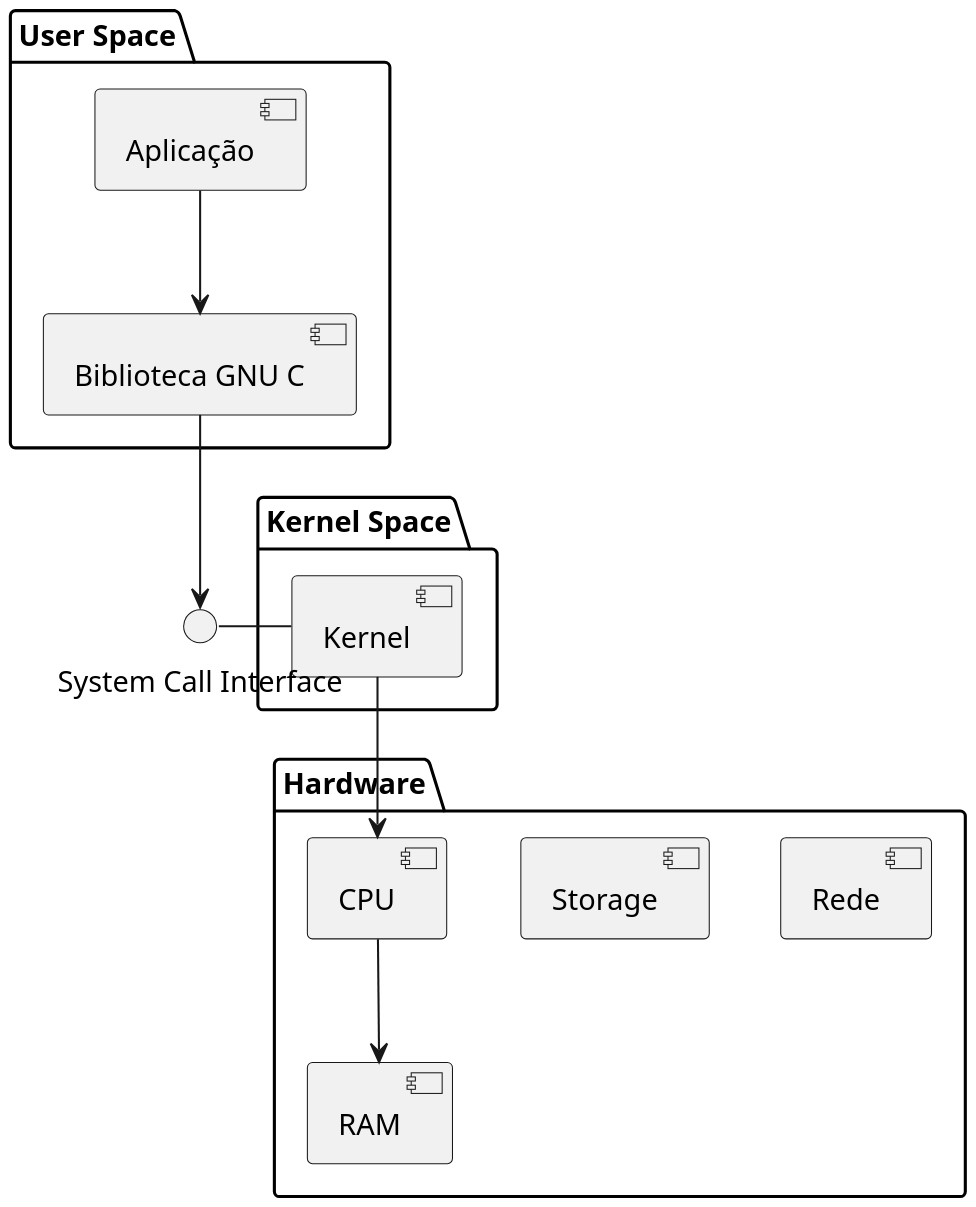
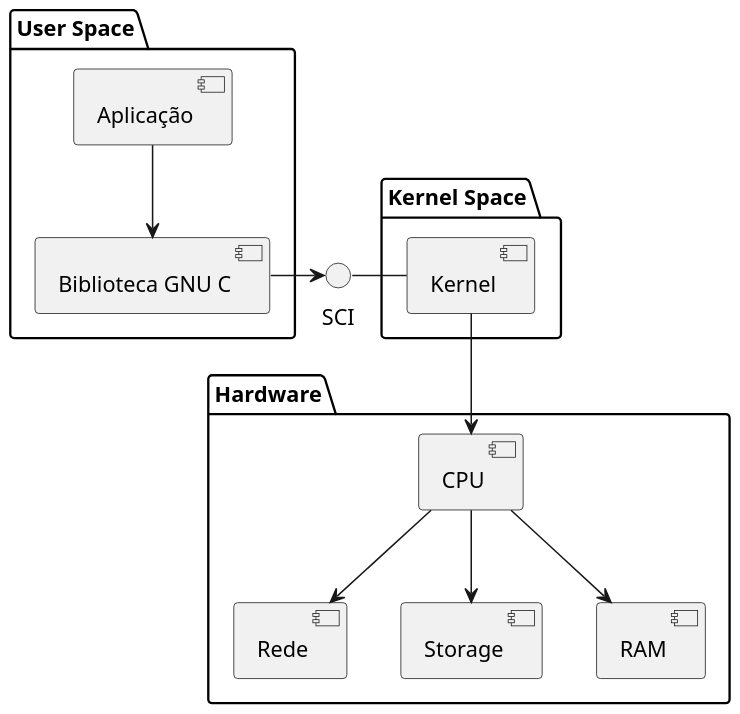
One commit to fabioluciano/containers-for-anxious-people changed the diagram in resources/plantuml/kernel-stack.puml. Above: the diagram before and after it, drawn with PlantUML. The commit also changed 8 other files, not shown here.

```diff
--- a/resources/plantuml/kernel-stack.puml
+++ b/resources/plantuml/kernel-stack.puml
@@ -1,30 +1,32 @@
 @startuml kernel-stack
 
-skinparam dpi 200
+skinparam dpi 150
 
-interface "System Call Interface" as SCI
+interface "SCI" as SCI
 
 package "User Space" {
   component "Aplicação" as Application
   component "Biblioteca GNU C" as GLIBC
 }
 
 package "Kernel Space" {
   component "Kernel" as Kernel
 }
 
 package "Hardware" {
   component "Rede" as Network
   component "Storage" as Storage
   component "RAM" as RAM
   component "CPU" as CPU
 }
 
 Application -down-> GLIBC
-GLIBC -down-> SCI
-SCI - Kernel
+GLIBC -right-> SCI
+SCI -right- Kernel
 Kernel --> CPU
 CPU --> RAM
+CPU --> Storage
+CPU --> Network
 
 
 @enduml
```
